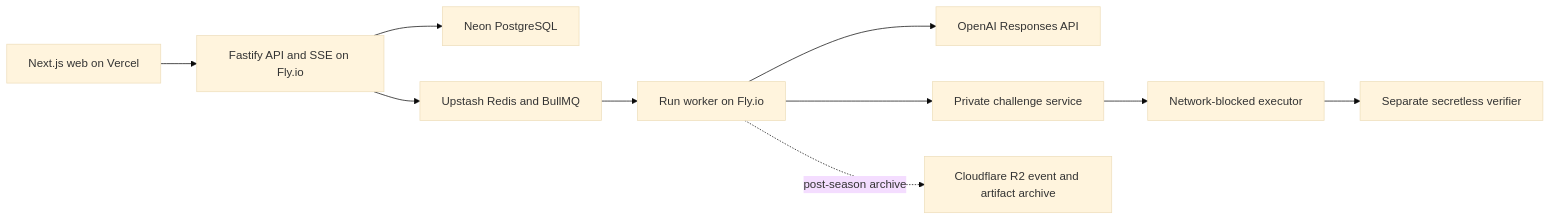
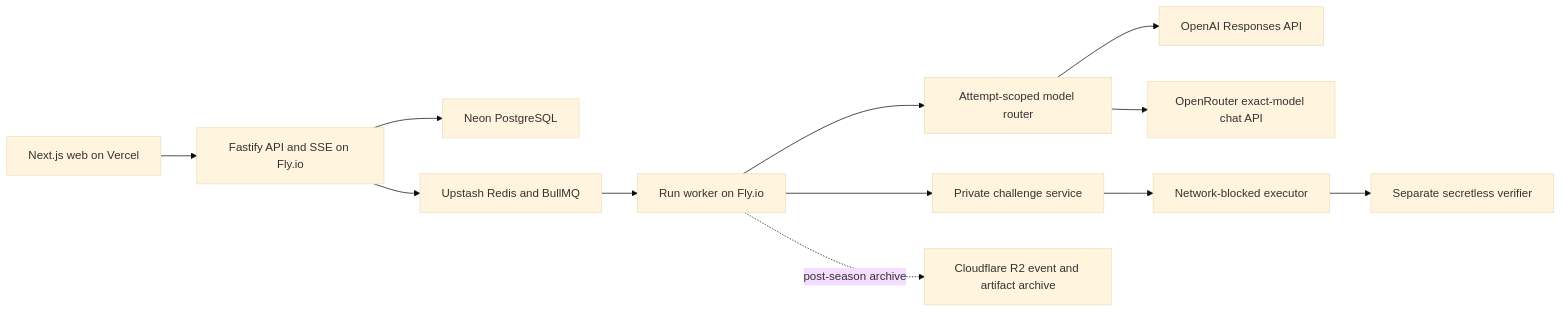
Before and after one commit to denfujita/prompt-gym: the diagram in docs/architecture.md, drawn with Mermaid (base theme). The commit also changed other lines of this file and 40 other files, not shown here.

````diff
--- a/docs/architecture.md
+++ b/docs/architecture.md
@@ -5,12 +5,14 @@
 ```mermaid
 flowchart LR
   Web[Next.js web on Vercel] --> API[Fastify API and SSE on Fly.io]
   API --> Postgres[Neon PostgreSQL]
   API --> Redis[Upstash Redis and BullMQ]
   Redis --> Worker[Run worker on Fly.io]
-  Worker --> OpenAI[OpenAI Responses API]
+  Worker --> Router[Attempt-scoped model router]
+  Router --> OpenAI[OpenAI Responses API]
+  Router --> OpenRouter[OpenRouter exact-model chat API]
   Worker --> Challenges[Private challenge service]
   Challenges --> Executor[Network-blocked executor]
   Executor --> Verifier[Separate secretless verifier]
   Worker -. post-season archive .-> R2[Cloudflare R2 event and artifact archive]
 ```
````
